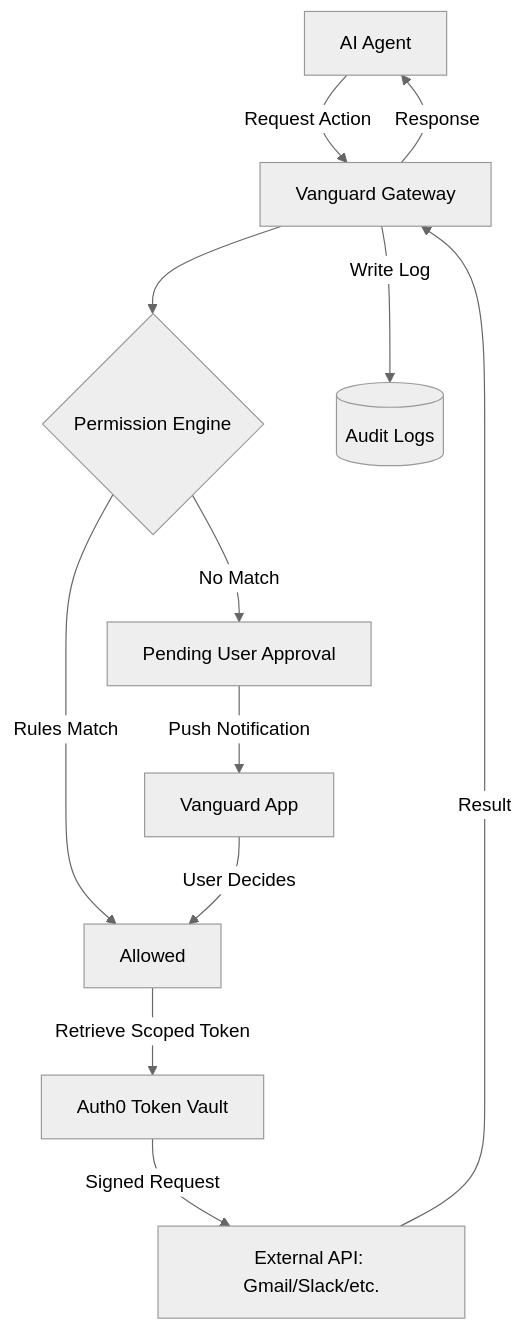
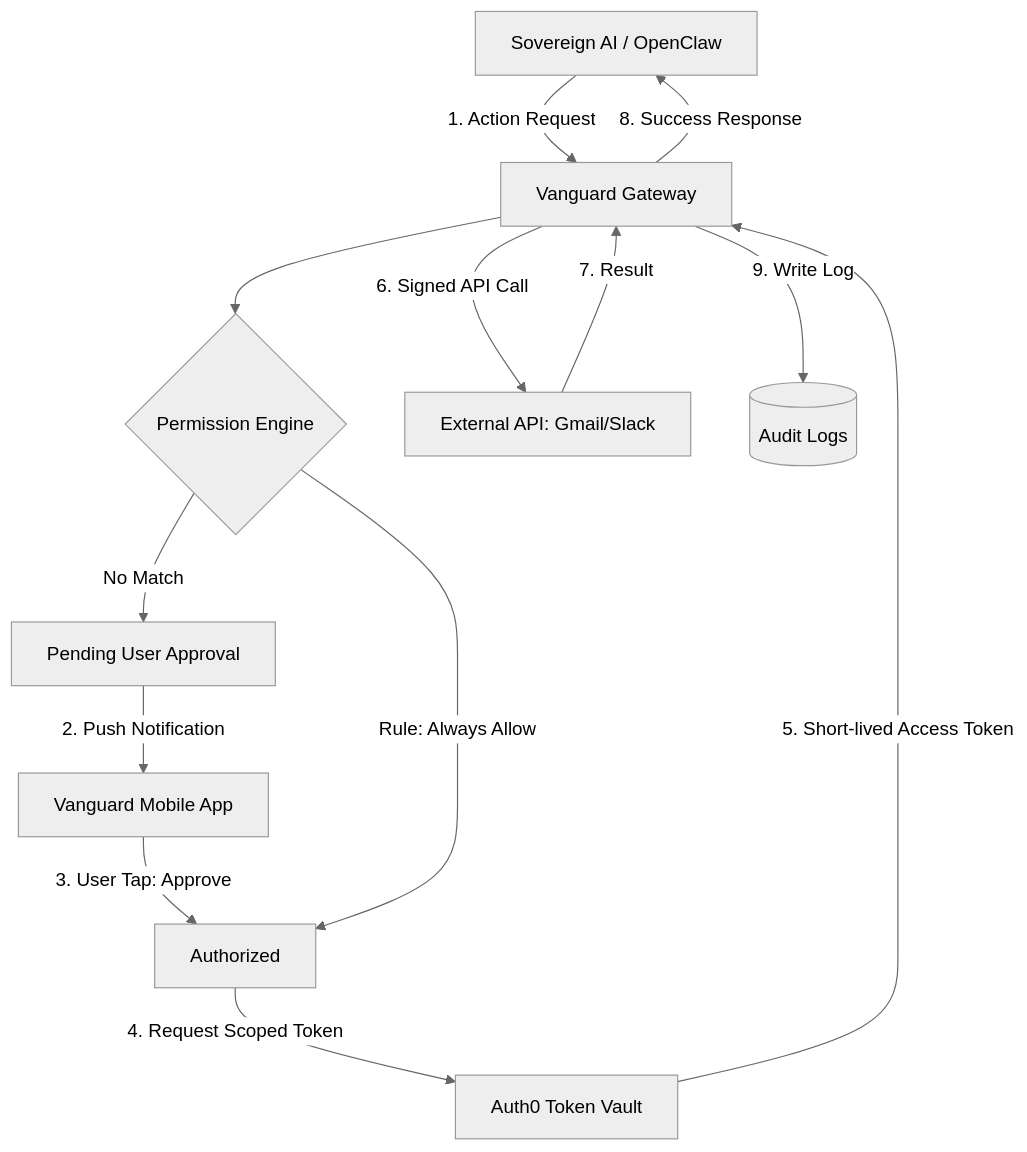
One commit to nisar7988/vanguard changed the diagram in Readme.md. Above: the diagram before and after it, drawn with Mermaid (neutral theme). The commit also changed other lines of this file and 11 other files, not shown here.

````diff
--- a/Readme.md
+++ b/Readme.md
@@ -59,14 +100,16 @@
 ```mermaid
 graph TD
-    A[AI Agent] -->|Request Action| B[Vanguard Gateway]
+    A[Sovereign AI / OpenClaw] -->|1. Action Request| B[Vanguard Gateway]
     B --> C{Permission Engine}
-    C -->|Rules Match| D[Allowed]
     C -->|No Match| E[Pending User Approval]
-    E -->|Push Notification| F[Vanguard App]
-    F -->|User Decides| D
-    D -->|Retrieve Scoped Token| G[Auth0 Token Vault]
-    G -->|Signed Request| H[External API: Gmail/Slack/etc.]
-    H -->|Result| B
-    B -->|Response| A
-    B -->|Write Log| I[(Audit Logs)]
+    E -->|2. Push Notification| F[Vanguard Mobile App]
+    F -->|3. User Tap: Approve| D
+    C -->|Rule: Always Allow| D[Authorized]
+
+    D -->|4. Request Scoped Token| G[Auth0 Token Vault]
+    G -->|5. Short-lived Access Token| B
+    B -->|6. Signed API Call| H[External API: Gmail/Slack]
+    H -->|7. Result| B
+    B -->|8. Success Response| A
+    B -->|9. Write Log| I[(Audit Logs)]
 ```
````
